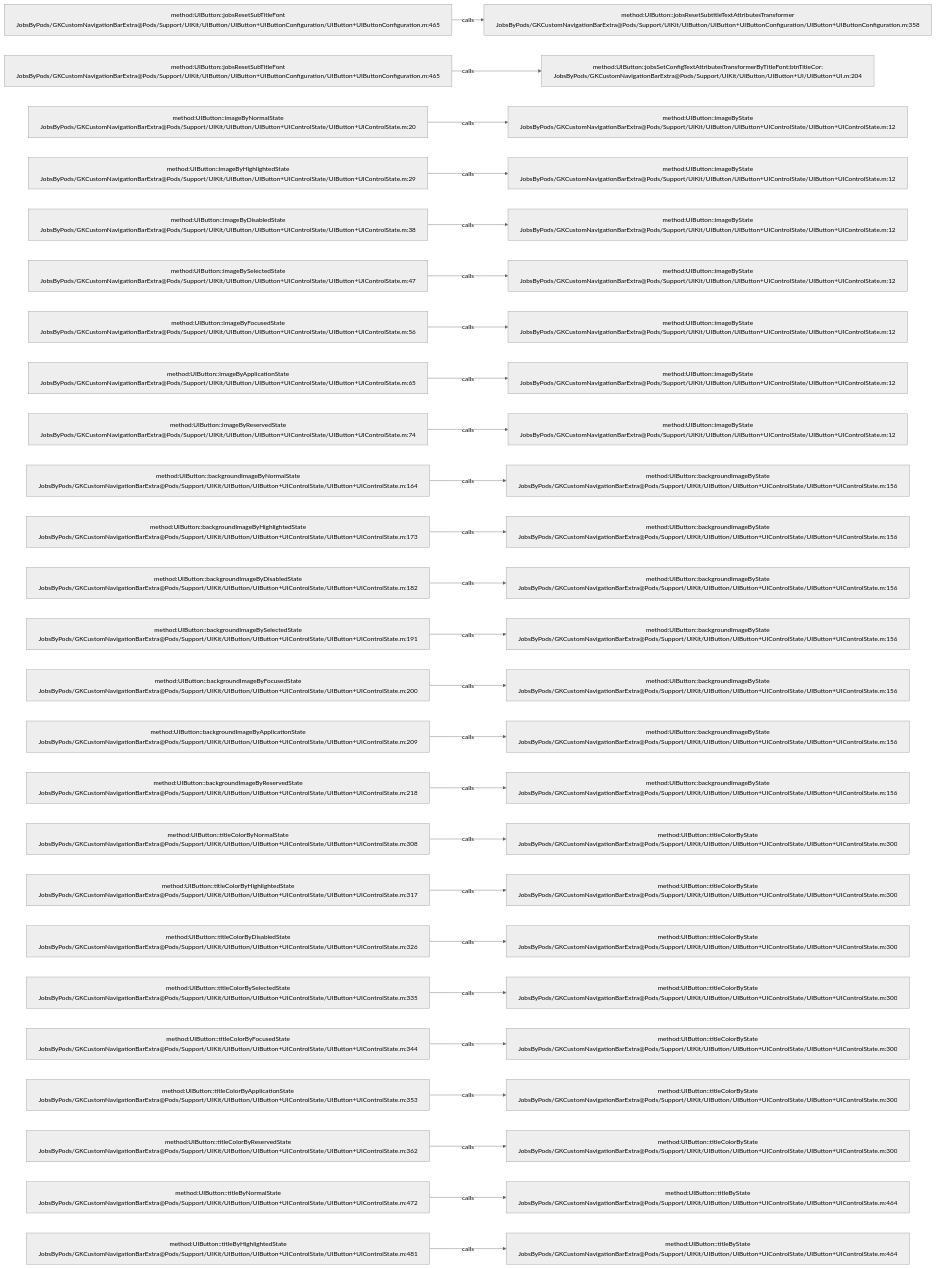
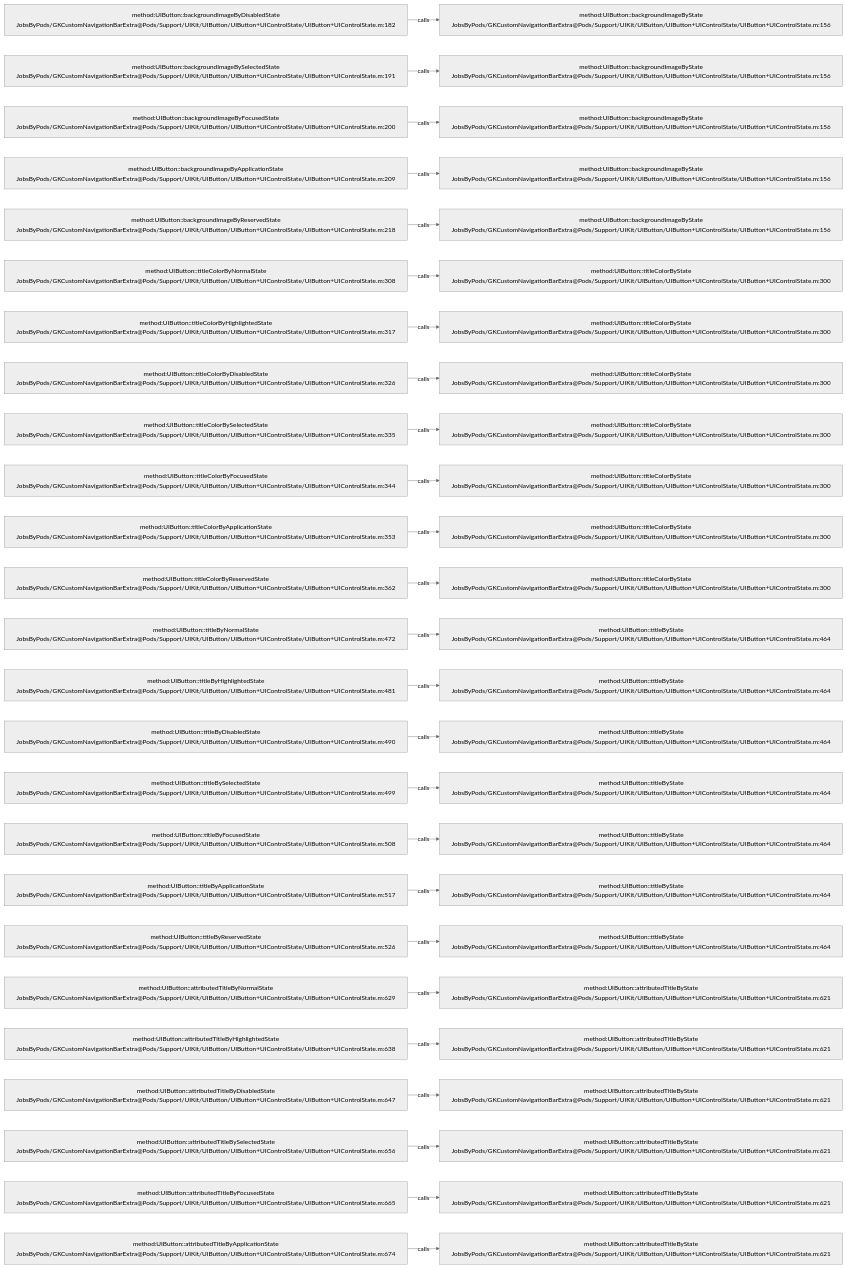
One commit to JobsKits/JobsOCBaseConfigDemo changed the diagram in .codegraph/codegraph.md/graphs/calls-036.md. Above: the diagram before and after it, drawn with Mermaid (neutral theme). The commit also changed 223 other files, not shown here.

````diff
--- a/.codegraph/codegraph.md/graphs/calls-036.md
+++ b/.codegraph/codegraph.md/graphs/calls-036.md
@@ -13,78 +13,78 @@
 ```mermaid
 flowchart LR
-  S1["method:UIButton::jobsResetSubTitleFont<br/>JobsByPods/GKCustomNavigationBarExtra@Pods/Support/UIKit/UIButton/UIButton+UIButtonConfiguration/UIButton+UIButtonConfiguration.m:465"]
-  T1["method:UIButton::jobsResetSubtitleTextAttributesTransformer<br/>JobsByPods/GKCustomNavigationBarExtra@Pods/Support/UIKit/UIButton/UIButton+UIButtonConfiguration/UIButton+UIButtonConfiguration.m:358"]
+  S1["method:UIButton::backgroundImageByDisabledState<br/>JobsByPods/GKCustomNavigationBarExtra@Pods/Support/UIKit/UIButton/UIButton+UIControlState/UIButton+UIControlState.m:182"]
+  T1["method:UIButton::backgroundImageByState<br/>JobsByPods/GKCustomNavigationBarExtra@Pods/Support/UIKit/UIButton/UIButton+UIControlState/UIButton+UIControlState.m:156"]
   S1 -->|calls| T1
-  S2["method:UIButton::jobsResetSubTitleFont<br/>JobsByPods/GKCustomNavigationBarExtra@Pods/Support/UIKit/UIButton/UIButton+UIButtonConfiguration/UIButton+UIButtonConfiguration.m:465"]
-  T2["method:UIButton::jobsSetConfigTextAttributesTransformerByTitleFont:btnTitleCor:<br/>JobsByPods/GKCustomNavigationBarExtra@Pods/Support/UIKit/UIButton/UIButton+UI/UIButton+UI.m:204"]
+  S2["method:UIButton::backgroundImageBySelectedState<br/>JobsByPods/GKCustomNavigationBarExtra@Pods/Support/UIKit/UIButton/UIButton+UIControlState/UIButton+UIControlState.m:191"]
+  T2["method:UIButton::backgroundImageByState<br/>JobsByPods/GKCustomNavigationBarExtra@Pods/Support/UIKit/UIButton/UIButton+UIControlState/UIButton+UIControlState.m:156"]
   S2 -->|calls| T2
-  S3["method:UIButton::imageByNormalState<br/>JobsByPods/GKCustomNavigationBarExtra@Pods/Support/UIKit/UIButton/UIButton+UIControlState/UIButton+UIControlState.m:20"]
-  T3["method:UIButton::imageByState<br/>JobsByPods/GKCustomNavigationBarExtra@Pods/Support/UIKit/UIButton/UIButton+UIControlState/UIButton+UIControlState.m:12"]
+  S3["method:UIButton::backgroundImageByFocusedState<br/>JobsByPods/GKCustomNavigationBarExtra@Pods/Support/UIKit/UIButton/UIButton+UIControlState/UIButton+UIControlState.m:200"]
+  T3["method:UIButton::backgroundImageByState<br/>JobsByPods/GKCustomNavigationBarExtra@Pods/Support/UIKit/UIButton/UIButton+UIControlState/UIButton+UIControlState.m:156"]
   S3 -->|calls| T3
-  S4["method:UIButton::imageByHighlightedState<br/>JobsByPods/GKCustomNavigationBarExtra@Pods/Support/UIKit/UIButton/UIButton+UIControlState/UIButton+UIControlState.m:29"]
-  T4["method:UIButton::imageByState<br/>JobsByPods/GKCustomNavigationBarExtra@Pods/Support/UIKit/UIButton/UIButton+UIControlState/UIButton+UIControlState.m:12"]
+  S4["method:UIButton::backgroundImageByApplicationState<br/>JobsByPods/GKCustomNavigationBarExtra@Pods/Support/UIKit/UIButton/UIButton+UIControlState/UIButton+UIControlState.m:209"]
+  T4["method:UIButton::backgroundImageByState<br/>JobsByPods/GKCustomNavigationBarExtra@Pods/Support/UIKit/UIButton/UIButton+UIControlState/UIButton+UIControlState.m:156"]
   S4 -->|calls| T4
-  S5["method:UIButton::imageByDisabledState<br/>JobsByPods/GKCustomNavigationBarExtra@Pods/Support/UIKit/UIButton/UIButton+UIControlState/UIButton+UIControlState.m:38"]
-  T5["method:UIButton::imageByState<br/>JobsByPods/GKCustomNavigationBarExtra@Pods/Support/UIKit/UIButton/UIButton+UIControlState/UIButton+UIControlState.m:12"]
+  S5["method:UIButton::backgroundImageByReservedState<br/>JobsByPods/GKCustomNavigationBarExtra@Pods/Support/UIKit/UIButton/UIButton+UIControlState/UIButton+UIControlState.m:218"]
+  T5["method:UIButton::backgroundImageByState<br/>JobsByPods/GKCustomNavigationBarExtra@Pods/Support/UIKit/UIButton/UIButton+UIControlState/UIButton+UIControlState.m:156"]
   S5 -->|calls| T5
-  S6["method:UIButton::imageBySelectedState<br/>JobsByPods/GKCustomNavigationBarExtra@Pods/Support/UIKit/UIButton/UIButton+UIControlState/UIButton+UIControlState.m:47"]
-  T6["method:UIButton::imageByState<br/>JobsByPods/GKCustomNavigationBarExtra@Pods/Support/UIKit/UIButton/UIButton+UIControlState/UIButton+UIControlState.m:12"]
+  S6["method:UIButton::titleColorByNormalState<br/>JobsByPods/GKCustomNavigationBarExtra@Pods/Support/UIKit/UIButton/UIButton+UIControlState/UIButton+UIControlState.m:308"]
+  T6["method:UIButton::titleColorByState<br/>JobsByPods/GKCustomNavigationBarExtra@Pods/Support/UIKit/UIButton/UIButton+UIControlState/UIButton+UIControlState.m:300"]
   S6 -->|calls| T6
-  S7["method:UIButton::imageByFocusedState<br/>JobsByPods/GKCustomNavigationBarExtra@Pods/Support/UIKit/UIButton/UIButton+UIControlState/UIButton+UIControlState.m:56"]
-  T7["method:UIButton::imageByState<br/>JobsByPods/GKCustomNavigationBarExtra@Pods/Support/UIKit/UIButton/UIButton+UIControlState/UIButton+UIControlState.m:12"]
+  S7["method:UIButton::titleColorByHighlightedState<br/>JobsByPods/GKCustomNavigationBarExtra@Pods/Support/UIKit/UIButton/UIButton+UIControlState/UIButton+UIControlState.m:317"]
+  T7["method:UIButton::titleColorByState<br/>JobsByPods/GKCustomNavigationBarExtra@Pods/Support/UIKit/UIButton/UIButton+UIControlState/UIButton+UIControlState.m:300"]
   S7 -->|calls| T7
-  S8["method:UIButton::imageByApplicationState<br/>JobsByPods/GKCustomNavigationBarExtra@Pods/Support/UIKit/UIButton/UIButton+UIControlState/UIButton+UIControlState.m:65"]
-  T8["method:UIButton::imageByState<br/>JobsByPods/GKCustomNavigationBarExtra@Pods/Support/UIKit/UIButton/UIButton+UIControlState/UIButton+UIControlState.m:12"]
+  S8["method:UIButton::titleColorByDisabledState<br/>JobsByPods/GKCustomNavigationBarExtra@Pods/Support/UIKit/UIButton/UIButton+UIControlState/UIButton+UIControlState.m:326"]
+  T8["method:UIButton::titleColorByState<br/>JobsByPods/GKCustomNavigationBarExtra@Pods/Support/UIKit/UIButton/UIButton+UIControlState/UIButton+UIControlState.m:300"]
   S8 -->|calls| T8
-  S9["method:UIButton::imageByReservedState<br/>JobsByPods/GKCustomNavigationBarExtra@Pods/Support/UIKit/UIButton/UIButton+UIControlState/UIButton+UIControlState.m:74"]
-  T9["method:UIButton::imageByState<br/>JobsByPods/GKCustomNavigationBarExtra@Pods/Support/UIKit/UIButton/UIButton+UIControlState/UIButton+UIControlState.m:12"]
+  S9["method:UIButton::titleColorBySelectedState<br/>JobsByPods/GKCustomNavigationBarExtra@Pods/Support/UIKit/UIButton/UIButton+UIControlState/UIButton+UIControlState.m:335"]
+  T9["method:UIButton::titleColorByState<br/>JobsByPods/GKCustomNavigationBarExtra@Pods/Support/UIKit/UIButton/UIButton+UIControlState/UIButton+UIControlState.m:300"]
   S9 -->|calls| T9
-  S10["method:UIButton::backgroundImageByNormalState<br/>JobsByPods/GKCustomNavigationBarExtra@Pods/Support/UIKit/UIButton/UIButton+UIControlState/UIButton+UIControlState.m:164"]
-  T10["method:UIButton::backgroundImageByState<br/>JobsByPods/GKCustomNavigationBarExtra@Pods/Support/UIKit/UIButton/UIButton+UIControlState/UIButton+UIControlState.m:156"]
+  S10["method:UIButton::titleColorByFocusedState<br/>JobsByPods/GKCustomNavigationBarExtra@Pods/Support/UIKit/UIButton/UIButton+UIControlState/UIButton+UIControlState.m:344"]
+  T10["method:UIButton::titleColorByState<br/>JobsByPods/GKCustomNavigationBarExtra@Pods/Support/UIKit/UIButton/UIButton+UIControlState/UIButton+UIControlState.m:300"]
   S10 -->|calls| T10
-  S11["method:UIButton::backgroundImageByHighlightedState<br/>JobsByPods/GKCustomNavigationBarExtra@Pods/Support/UIKit/UIButton/UIButton+UIControlState/UIButton+UIControlState.m:173"]
-  T11["method:UIButton::backgroundImageByState<br/>JobsByPods/GKCustomNavigationBarExtra@Pods/Support/UIKit/UIButton/UIButton+UIControlState/UIButton+UIControlState.m:156"]
+  S11["method:UIButton::titleColorByApplicationState<br/>JobsByPods/GKCustomNavigationBarExtra@Pods/Support/UIKit/UIButton/UIButton+UIControlState/UIButton+UIControlState.m:353"]
+  T11["method:UIButton::titleColorByState<br/>JobsByPods/GKCustomNavigationBarExtra@Pods/Support/UIKit/UIButton/UIButton+UIControlState/UIButton+UIControlState.m:300"]
   S11 -->|calls| T11
-  S12["method:UIButton::backgroundImageByDisabledState<br/>JobsByPods/GKCustomNavigationBarExtra@Pods/Support/UIKit/UIButton/UIButton+UIControlState/UIButton+UIControlState.m:182"]
-  T12["method:UIButton::backgroundImageByState<br/>JobsByPods/GKCustomNavigationBarExtra@Pods/Support/UIKit/UIButton/UIButton+UIControlState/UIButton+UIControlState.m:156"]
+  S12["method:UIButton::titleColorByReservedState<br/>JobsByPods/GKCustomNavigationBarExtra@Pods/Support/UIKit/UIButton/UIButton+UIControlState/UIButton+UIControlState.m:362"]
+  T12["method:UIButton::titleColorByState<br/>JobsByPods/GKCustomNavigationBarExtra@Pods/Support/UIKit/UIButton/UIButton+UIControlState/UIButton+UIControlState.m:300"]
   S12 -->|calls| T12
-  S13["method:UIButton::backgroundImageBySelectedState<br/>JobsByPods/GKCustomNavigationBarExtra@Pods/Support/UIKit/UIButton/UIButton+UIControlState/UIButton+UIControlState.m:191"]
-  T13["method:UIButton::backgroundImageByState<br/>JobsByPods/GKCustomNavigationBarExtra@Pods/Support/UIKit/UIButton/UIButton+UIControlState/UIButton+UIControlState.m:156"]
+  S13["method:UIButton::titleByNormalState<br/>JobsByPods/GKCustomNavigationBarExtra@Pods/Support/UIKit/UIButton/UIButton+UIControlState/UIButton+UIControlState.m:472"]
+  T13["method:UIButton::titleByState<br/>JobsByPods/GKCustomNavigationBarExtra@Pods/Support/UIKit/UIButton/UIButton+UIControlState/UIButton+UIControlState.m:464"]
   S13 -->|calls| T13
-  S14["method:UIButton::backgroundImageByFocusedState<br/>JobsByPods/GKCustomNavigationBarExtra@Pods/Support/UIKit/UIButton/UIButton+UIControlState/UIButton+UIControlState.m:200"]
-  T14["method:UIButton::backgroundImageByState<br/>JobsByPods/GKCustomNavigationBarExtra@Pods/Support/UIKit/UIButton/UIButton+UIControlState/UIButton+UIControlState.m:156"]
+  S14["method:UIButton::titleByHighlightedState<br/>JobsByPods/GKCustomNavigationBarExtra@Pods/Support/UIKit/UIButton/UIButton+UIControlState/UIButton+UIControlState.m:481"]
+  T14["method:UIButton::titleByState<br/>JobsByPods/GKCustomNavigationBarExtra@Pods/Support/UIKit/UIButton/UIButton+UIControlState/UIButton+UIControlState.m:464"]
   S14 -->|calls| T14
-  S15["method:UIButton::backgroundImageByApplicationState<br/>JobsByPods/GKCustomNavigationBarExtra@Pods/Support/UIKit/UIButton/UIButton+UIControlState/UIButton+UIControlState.m:209"]
-  T15["method:UIButton::backgroundImageByState<br/>JobsByPods/GKCustomNavigationBarExtra@Pods/Support/UIKit/UIButton/UIButton+UIControlState/UIButton+UIControlState.m:156"]
+  S15["method:UIButton::titleByDisabledState<br/>JobsByPods/GKCustomNavigationBarExtra@Pods/Support/UIKit/UIButton/UIButton+UIControlState/UIButton+UIControlState.m:490"]
+  T15["method:UIButton::titleByState<br/>JobsByPods/GKCustomNavigationBarExtra@Pods/Support/UIKit/UIButton/UIButton+UIControlState/UIButton+UIControlState.m:464"]
   S15 -->|calls| T15
-  S16["method:UIButton::backgroundImageByReservedState<br/>JobsByPods/GKCustomNavigationBarExtra@Pods/Support/UIKit/UIButton/UIButton+UIControlState/UIButton+UIControlState.m:218"]
-  T16["method:UIButton::backgroundImageByState<br/>JobsByPods/GKCustomNavigationBarExtra@Pods/Support/UIKit/UIButton/UIButton+UIControlState/UIButton+UIControlState.m:156"]
+  S16["method:UIButton::titleBySelectedState<br/>JobsByPods/GKCustomNavigationBarExtra@Pods/Support/UIKit/UIButton/UIButton+UIControlState/UIButton+UIControlState.m:499"]
+  T16["method:UIButton::titleByState<br/>JobsByPods/GKCustomNavigationBarExtra@Pods/Support/UIKit/UIButton/UIButton+UIControlState/UIButton+UIControlState.m:464"]
   S16 -->|calls| T16
-  S17["method:UIButton::titleColorByNormalState<br/>JobsByPods/GKCustomNavigationBarExtra@Pods/Support/UIKit/UIButton/UIButton+UIControlState/UIButton+UIControlState.m:308"]
-  T17["method:UIButton::titleColorByState<br/>JobsByPods/GKCustomNavigationBarExtra@Pods/Support/UIKit/UIButton/UIButton+UIControlState/UIButton+UIControlState.m:300"]
+  S17["method:UIButton::titleByFocusedState<br/>JobsByPods/GKCustomNavigationBarExtra@Pods/Support/UIKit/UIButton/UIButton+UIControlState/UIButton+UIControlState.m:508"]
+  T17["method:UIButton::titleByState<br/>JobsByPods/GKCustomNavigationBarExtra@Pods/Support/UIKit/UIButton/UIButton+UIControlState/UIButton+UIControlState.m:464"]
   S17 -->|calls| T17
-  S18["method:UIButton::titleColorByHighlightedState<br/>JobsByPods/GKCustomNavigationBarExtra@Pods/Support/UIKit/UIButton/UIButton+UIControlState/UIButton+UIControlState.m:317"]
-  T18["method:UIButton::titleColorByState<br/>JobsByPods/GKCustomNavigationBarExtra@Pods/Support/UIKit/UIButton/UIButton+UIControlState/UIButton+UIControlState.m:300"]
+  S18["method:UIButton::titleByApplicationState<br/>JobsByPods/GKCustomNavigationBarExtra@Pods/Support/UIKit/UIButton/UIButton+UIControlState/UIButton+UIControlState.m:517"]
+  T18["method:UIButton::titleByState<br/>JobsByPods/GKCustomNavigationBarExtra@Pods/Support/UIKit/UIButton/UIButton+UIControlState/UIButton+UIControlState.m:464"]
   S18 -->|calls| T18
-  S19["method:UIButton::titleColorByDisabledState<br/>JobsByPods/GKCustomNavigationBarExtra@Pods/Support/UIKit/UIButton/UIButton+UIControlState/UIButton+UIControlState.m:326"]
-  T19["method:UIButton::titleColorByState<br/>JobsByPods/GKCustomNavigationBarExtra@Pods/Support/UIKit/UIButton/UIButton+UIControlState/UIButton+UIControlState.m:300"]
+  S19["method:UIButton::titleByReservedState<br/>JobsByPods/GKCustomNavigationBarExtra@Pods/Support/UIKit/UIButton/UIButton+UIControlState/UIButton+UIControlState.m:526"]
+  T19["method:UIButton::titleByState<br/>JobsByPods/GKCustomNavigationBarExtra@Pods/Support/UIKit/UIButton/UIButton+UIControlState/UIButton+UIControlState.m:464"]
   S19 -->|calls| T19
-  S20["method:UIButton::titleColorBySelectedState<br/>JobsByPods/GKCustomNavigationBarExtra@Pods/Support/UIKit/UIButton/UIButton+UIControlState/UIButton+UIControlState.m:335"]
-  T20["method:UIButton::titleColorByState<br/>JobsByPods/GKCustomNavigationBarExtra@Pods/Support/UIKit/UIButton/UIButton+UIControlState/UIButton+UIControlState.m:300"]
+  S20["method:UIButton::attributedTitleByNormalState<br/>JobsByPods/GKCustomNavigationBarExtra@Pods/Support/UIKit/UIButton/UIButton+UIControlState/UIButton+UIControlState.m:629"]
+  T20["method:UIButton::attributedTitleByState<br/>JobsByPods/GKCustomNavigationBarExtra@Pods/Support/UIKit/UIButton/UIButton+UIControlState/UIButton+UIControlState.m:621"]
   S20 -->|calls| T20
-  S21["method:UIButton::titleColorByFocusedState<br/>JobsByPods/GKCustomNavigationBarExtra@Pods/Support/UIKit/UIButton/UIButton+UIControlState/UIButton+UIControlState.m:344"]
-  T21["method:UIButton::titleColorByState<br/>JobsByPods/GKCustomNavigationBarExtra@Pods/Support/UIKit/UIButton/UIButton+UIControlState/UIButton+UIControlState.m:300"]
+  S21["method:UIButton::attributedTitleByHighlightedState<br/>JobsByPods/GKCustomNavigationBarExtra@Pods/Support/UIKit/UIButton/UIButton+UIControlState/UIButton+UIControlState.m:638"]
+  T21["method:UIButton::attributedTitleByState<br/>JobsByPods/GKCustomNavigationBarExtra@Pods/Support/UIKit/UIButton/UIButton+UIControlState/UIButton+UIControlState.m:621"]
   S21 -->|calls| T21
-  S22["method:UIButton::titleColorByApplicationState<br/>JobsByPods/GKCustomNavigationBarExtra@Pods/Support/UIKit/UIButton/UIButton+UIControlState/UIButton+UIControlState.m:353"]
-  T22["method:UIButton::titleColorByState<br/>JobsByPods/GKCustomNavigationBarExtra@Pods/Support/UIKit/UIButton/UIButton+UIControlState/UIButton+UIControlState.m:300"]
+  S22["method:UIButton::attributedTitleByDisabledState<br/>JobsByPods/GKCustomNavigationBarExtra@Pods/Support/UIKit/UIButton/UIButton+UIControlState/UIButton+UIControlState.m:647"]
+  T22["method:UIButton::attributedTitleByState<br/>JobsByPods/GKCustomNavigationBarExtra@Pods/Support/UIKit/UIButton/UIButton+UIControlState/UIButton+UIControlState.m:621"]
   S22 -->|calls| T22
-  S23["method:UIButton::titleColorByReservedState<br/>JobsByPods/GKCustomNavigationBarExtra@Pods/Support/UIKit/UIButton/UIButton+UIControlState/UIButton+UIControlState.m:362"]
-  T23["method:UIButton::titleColorByState<br/>JobsByPods/GKCustomNavigationBarExtra@Pods/Support/UIKit/UIButton/UIButton+UIControlState/UIButton+UIControlState.m:300"]
+  S23["method:UIButton::attributedTitleBySelectedState<br/>JobsByPods/GKCustomNavigationBarExtra@Pods/Support/UIKit/UIButton/UIButton+UIControlState/UIButton+UIControlState.m:656"]
+  T23["method:UIButton::attributedTitleByState<br/>JobsByPods/GKCustomNavigationBarExtra@Pods/Support/UIKit/UIButton/UIButton+UIControlState/UIButton+UIControlState.m:621"]
   S23 -->|calls| T23
-  S24["method:UIButton::titleByNormalState<br/>JobsByPods/GKCustomNavigationBarExtra@Pods/Support/UIKit/UIButton/UIButton+UIControlState/UIButton+UIControlState.m:472"]
-  T24["method:UIButton::titleByState<br/>JobsByPods/GKCustomNavigationBarExtra@Pods/Support/UIKit/UIButton/UIButton+UIControlState/UIButton+UIControlState.m:464"]
+  S24["method:UIButton::attributedTitleByFocusedState<br/>JobsByPods/GKCustomNavigationBarExtra@Pods/Support/UIKit/UIButton/UIButton+UIControlState/UIButton+UIControlState.m:665"]
+  T24["method:UIButton::attributedTitleByState<br/>JobsByPods/GKCustomNavigationBarExtra@Pods/Support/UIKit/UIButton/UIButton+UIControlState/UIButton+UIControlState.m:621"]
   S24 -->|calls| T24
-  S25["method:UIButton::titleByHighlightedState<br/>JobsByPods/GKCustomNavigationBarExtra@Pods/Support/UIKit/UIButton/UIButton+UIControlState/UIButton+UIControlState.m:481"]
-  T25["method:UIButton::titleByState<br/>JobsByPods/GKCustomNavigationBarExtra@Pods/Support/UIKit/UIButton/UIButton+UIControlState/UIButton+UIControlState.m:464"]
+  S25["method:UIButton::attributedTitleByApplicationState<br/>JobsByPods/GKCustomNavigationBarExtra@Pods/Support/UIKit/UIButton/UIButton+UIControlState/UIButton+UIControlState.m:674"]
+  T25["method:UIButton::attributedTitleByState<br/>JobsByPods/GKCustomNavigationBarExtra@Pods/Support/UIKit/UIButton/UIButton+UIControlState/UIButton+UIControlState.m:621"]
   S25 -->|calls| T25
 ```
````
